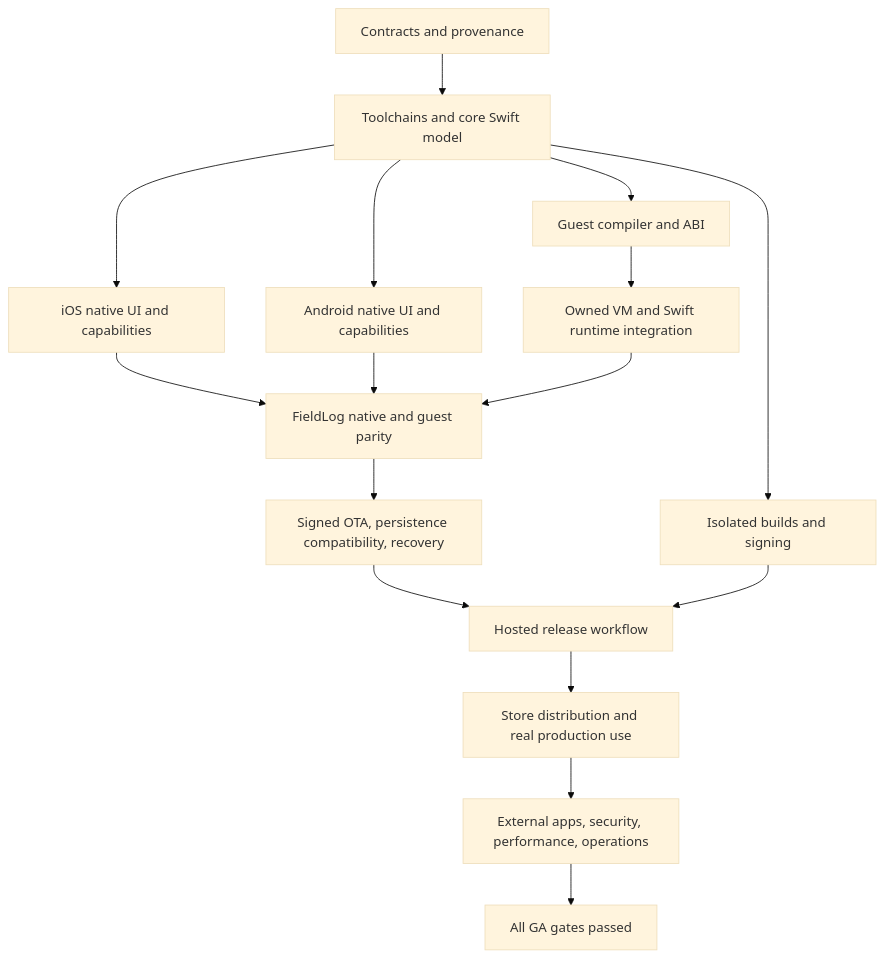
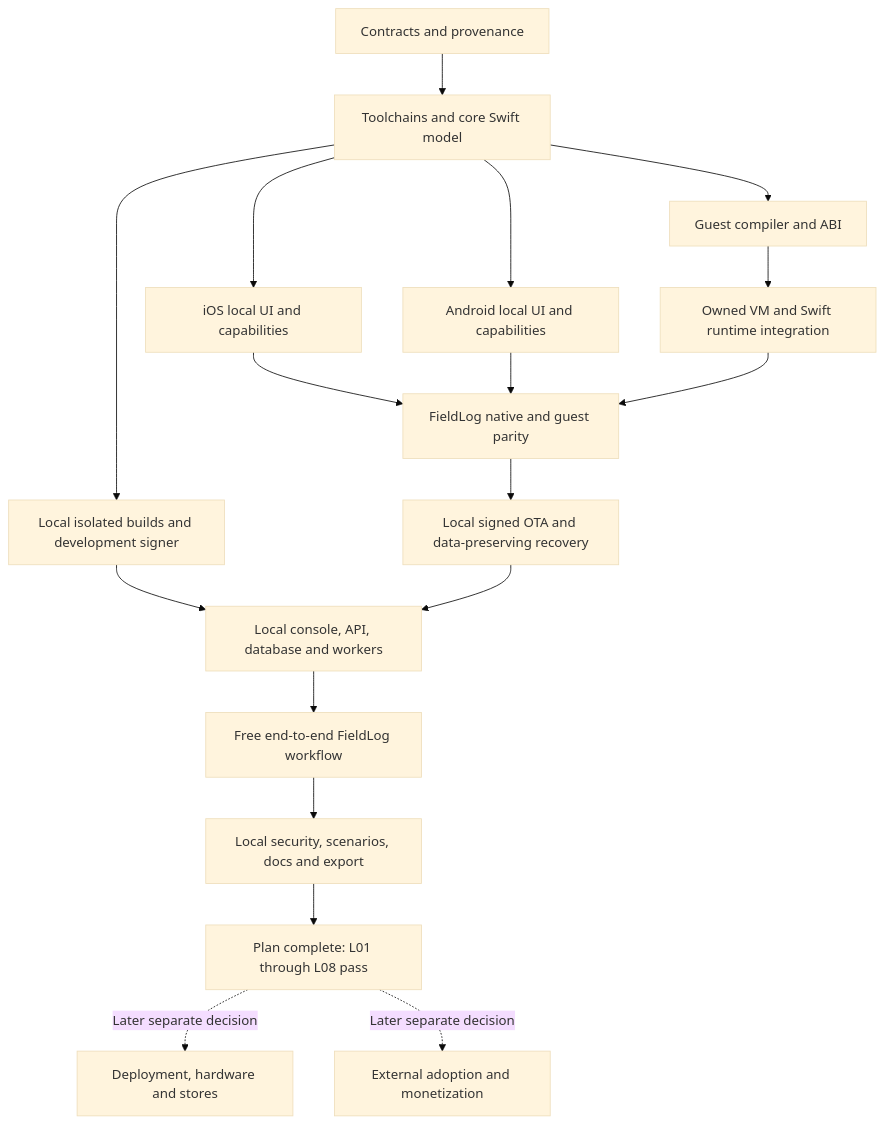
Before and after one commit to snowdamiz/mixer: the second of 2 diagrams in mixer-product-plan.md, drawn with Mermaid (base theme). The commit also changed other lines of this file and 14 other files, not shown here.

Commit message:
Define local end-to-end plan completion and free early launch

````diff
--- a/mixer-product-plan.md
+++ b/mixer-product-plan.md
@@ -895,18 +923,20 @@
 ```mermaid
 flowchart TD
   C[Contracts and provenance] --> T[Toolchains and core Swift model]
-  T --> I[iOS native UI and capabilities]
-  T --> A[Android native UI and capabilities]
+  T --> I[iOS local UI and capabilities]
+  T --> A[Android local UI and capabilities]
   T --> G[Guest compiler and ABI]
   G --> V[Owned VM and Swift runtime integration]
   I --> P[FieldLog native and guest parity]
   A --> P
   V --> P
-  P --> U[Signed OTA, persistence compatibility, recovery]
-  T --> B[Isolated builds and signing]
-  U --> R[Hosted release workflow]
-  B --> R
-  R --> S[Store distribution and real production use]
-  S --> E[External apps, security, performance, operations]
-  E --> GA[All GA gates passed]
+  P --> U[Local signed OTA and data-preserving recovery]
+  T --> B[Local isolated builds and development signer]
+  B --> R[Local console, API, database and workers]
+  U --> R
+  R --> F[Free end-to-end FieldLog workflow]
+  F --> D[Local security, scenarios, docs and export]
+  D --> L[Plan complete: L01 through L08 pass]
+  L -. Later separate decision .-> S[Deployment, hardware and stores]
+  L -. Later separate decision .-> E[External adoption and monetization]
 ```
````
